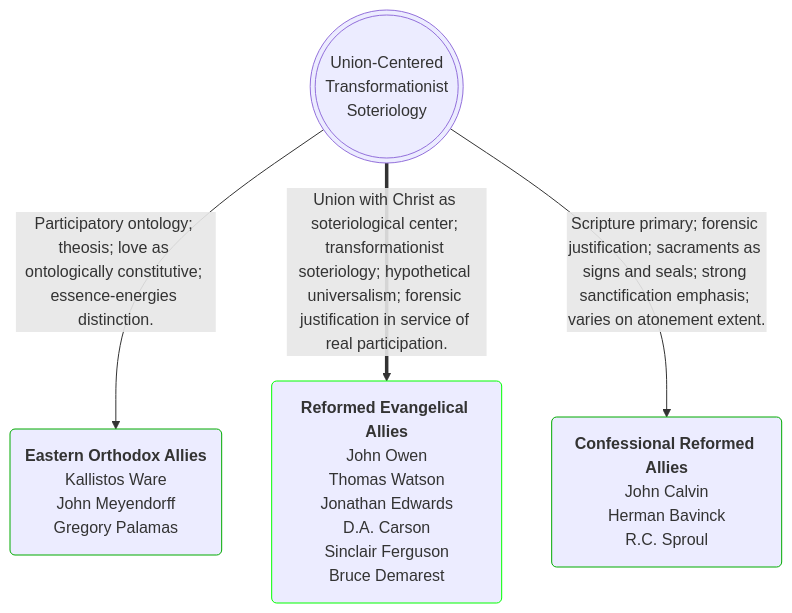
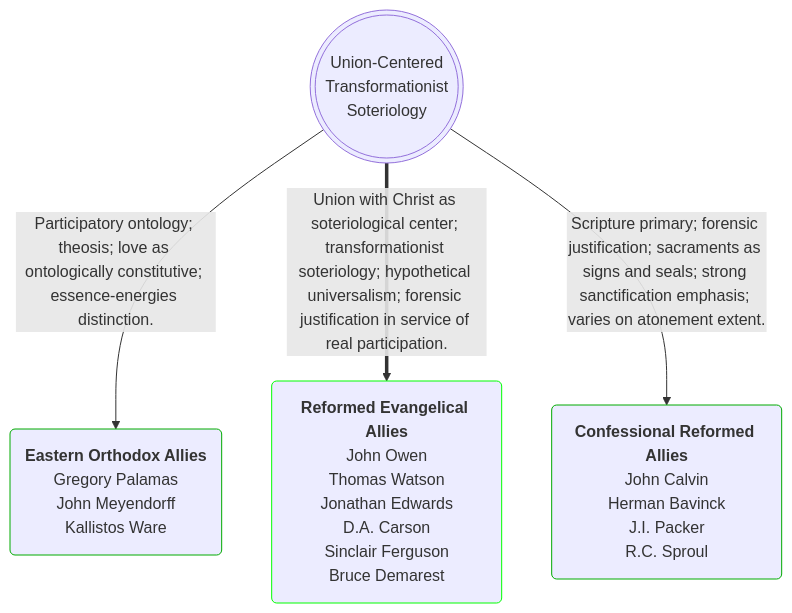
The second of 2 diagrams in _posts/2026-03-27-confessional-transformationist-anglo-catholic.markdown (OrdoLuminis/ordoluminis.github.io), drawn with Mermaid before and after one commit. The commit also changed other lines of this file, not shown here.

Commit message:
chart update

````diff
--- a/_posts/2026-03-27-confessional-transformationist-anglo-catholic.markdown
+++ b/_posts/2026-03-27-confessional-transformationist-anglo-catholic.markdown
@@ -55,9 +55,9 @@
 ```mermaid
 flowchart TD
     A(((Union-Centered<br>Transformationist<br>Soteriology)))
-    A -->|Participatory ontology; theosis; love as ontologically constitutive; essence-energies distinction.| B(<strong>Eastern Orthodox Allies</strong><br>Kallistos Ware<br>John Meyendorff<br>Gregory Palamas):::muted
+    A -->|Participatory ontology; theosis; love as ontologically constitutive; essence-energies distinction.| B(<strong>Eastern Orthodox Allies</strong><br>Gregory Palamas<br>John Meyendorff<br>Kallistos Ware):::muted
     A ==>|Union with Christ as soteriological center; transformationist soteriology; hypothetical universalism; forensic justification in service of real participation.| D(<strong>Reformed Evangelical Allies</strong><br>John Owen<br>Thomas Watson<br>Jonathan Edwards<br>D.A. Carson<br>Sinclair Ferguson<br>Bruce Demarest):::green
-    A -->|Scripture primary; forensic justification; sacraments as signs and seals; strong sanctification emphasis; varies on atonement extent.| C(<strong>Confessional Reformed Allies</strong><br>John Calvin<br>Herman Bavinck<br>R.C. Sproul):::muted
+    A -->|Scripture primary; forensic justification; sacraments as signs and seals; strong sanctification emphasis; varies on atonement extent.| C(<strong>Confessional Reformed Allies</strong><br>John Calvin<br>Herman Bavinck<br>J.I. Packer<br>R.C. Sproul):::muted
     classDef green stroke:#0f0
     classDef muted stroke:#0a0
 ```
````
